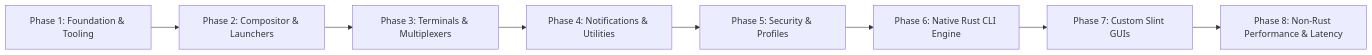
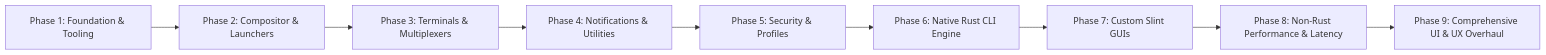
The diagram in docs/ROADMAP.md (Hypokoto/dotfield), drawn with Mermaid before and after one commit. The commit also changed other lines of this file and 9 other files, not shown here.

Commit message:
feat(gui): overhaul Slint UI, design tokens, and desktop aesthetics (Phase 9)

````diff
--- a/docs/ROADMAP.md
+++ b/docs/ROADMAP.md
@@ -5,10 +5,11 @@
 ```mermaid
 flowchart LR
     P1[Phase 1: Foundation & Tooling] --> P2[Phase 2: Compositor & Launchers]
     P2 --> P3[Phase 3: Terminals & Multiplexers]
     P3 --> P4[Phase 4: Notifications & Utilities]
     P4 --> P5[Phase 5: Security & Profiles]
     P5 --> P6[Phase 6: Native Rust CLI Engine]
     P6 --> P7[Phase 7: Custom Slint GUIs]
     P7 --> P8[Phase 8: Non-Rust Performance & Latency]
+    P8 --> P9[Phase 9: Comprehensive UI & UX Overhaul]
 ```
````
